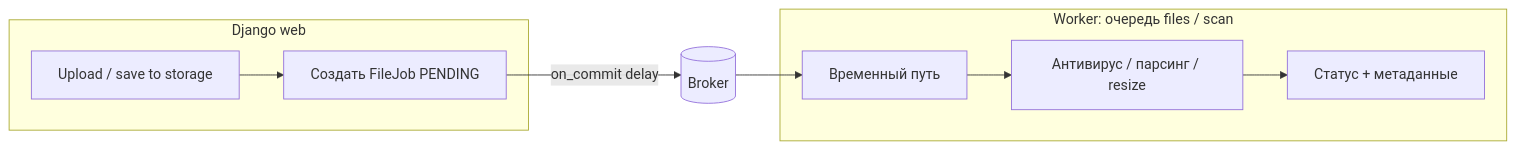
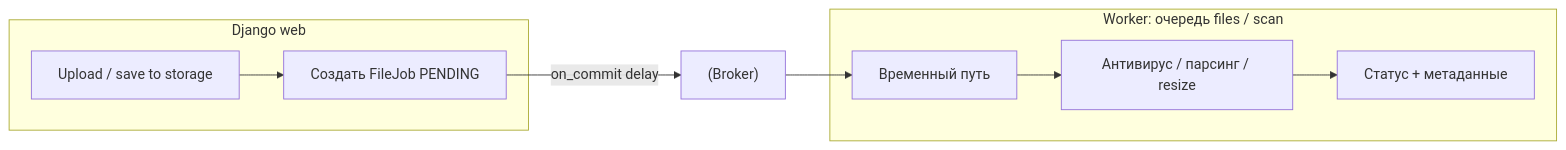
Before and after one commit to DDoSKudya/ai-study-atlas: the third of 3 diagrams in directions/services/celery/pact/18_integraciya_s_django/13_18_18_4_django_spetsifichnye_stsenarii.md, drawn with Mermaid. The commit also changed 322 other files, not shown here.

Commit message:
fix(docs): make mermaid diagrams GitHub-compatible across directions content

````diff
--- a/directions/services/celery/pact/18_integraciya_s_django/13_18_18_4_django_spetsifichnye_stsenarii.md
+++ b/directions/services/celery/pact/18_integraciya_s_django/13_18_18_4_django_spetsifichnye_stsenarii.md
@@ -394,17 +394,17 @@
 ```mermaid
 flowchart LR
   subgraph web["Django web"]
-    UP[Upload / save to storage]
-    J[Создать FileJob PENDING]
+    UP["Upload / save to storage"]
+    J["Создать FileJob PENDING"]
   end
-  BR[(Broker)]
+  BR["(Broker)"]
   subgraph celery_w["Worker: очередь files / scan"]
-    DL[Временный путь]
-    SC[Антивирус / парсинг / resize]
-    MK[Статус + метаданные]
+    DL["Временный путь"]
+    SC["Антивирус / парсинг / resize"]
+    MK["Статус + метаданные"]
   end
   UP --> J
   J -->|on_commit delay| BR
   BR --> DL
   DL --> SC --> MK
 ```
````
